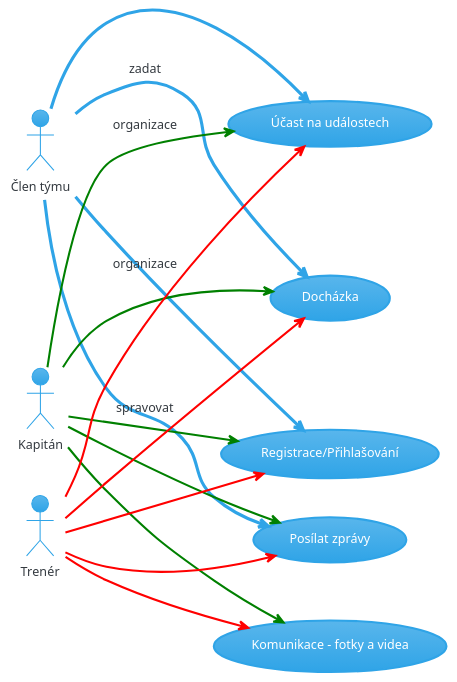
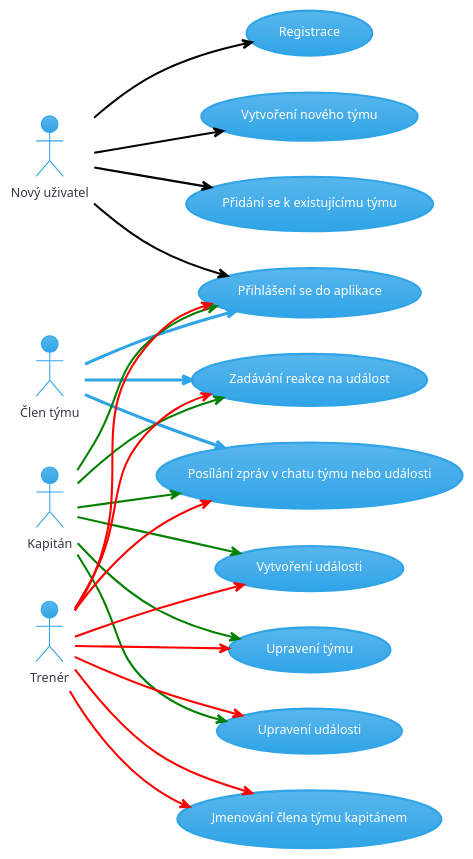
The diagram in README.md (david19au/smudlove-tymova-prace), drawn with PlantUML before and after one commit.

Commit message:
update plantUML in README.md

````diff
--- a/README.md
+++ b/README.md
@@ -38,33 +38,46 @@
 ```plantuml
 !theme cerulean
 
 left to right direction
-:Člen týmu: as clenTymu
-:Trenér: as trener
-:Kapitán: as kapitan
+:Nový uživatel: as newUser
+:Člen týmu: as teamMember
+:Kapitán: as captain
+:Trenér: as trainer
 
 
-usecase "Registrace/Přihlašování" as login
-usecase "Účast na událostech" as rsvp
-usecase "Komunikace - fotky a videa" as comms
-usecase "Docházka" as dochazka
-usecase "Posílat zprávy" as chat
+usecase "Registrace" as register
+usecase "Vytvoření nového týmu" as createTeam
+usecase "Přidání se k existujícímu týmu" as joinTeam
+usecase "Přihlášení se do aplikace" as login
+usecase "Zadávání reakce na událost" as rsvp
+usecase "Posílání zpráv v chatu týmu nebo události" as chat
+usecase "Vytvoření události" as createEvent
+usecase "Upravení týmu" as modifyTeamMembers
+usecase "Upravení události" as modifyEvent
+usecase "Jmenování člena týmu kapitánem" as delegateCaptain
 
+newUser -[#black,thickness=2]-> register
+newUser -[#black,thickness=2]-> createTeam
+newUser -[#black,thickness=2]-> joinTeam
+newUser -[#black,thickness=2]-> login
 
-clenTymu --> login
-clenTymu --> chat
-clenTymu --> rsvp
-clenTymu --> dochazka : zadat
+teamMember --> login
+teamMember --> rsvp
+teamMember --> chat
 
-kapitan -[#green,thickness=2]-> rsvp : organizace
-kapitan -[#green,thickness=2]-> dochazka
-kapitan -[#green,thickness=2]-> comms
-kapitan -[#green,thickness=2]-> chat
-kapitan -[#green,thickness=2]-> login
+captain -[#green,thickness=2]-> login
+captain -[#green,thickness=2]-> rsvp
+captain -[#green,thickness=2]-> chat
+captain -[#green,thickness=2]-> createEvent
+captain -[#green,thickness=2]-> modifyTeamMembers
+captain -[#green,thickness=2]-> modifyEvent
 
-trener -[#red,thickness=2]-> rsvp : organizace
-trener -[#red,thickness=2]-> dochazka : spravovat
-trener -[#red,thickness=2]-> comms
-trener -[#red,thickness=2]-> chat
-trener -[#red,thickness=2]-> login
+trainer -[#red,thickness=2]-> login
+trainer -[#red,thickness=2]-> rsvp
+trainer -[#red,thickness=2]-> chat
+trainer -[#red,thickness=2]-> createEvent
+trainer -[#red,thickness=2]-> modifyTeamMembers
+trainer -[#red,thickness=2]-> modifyEvent
+trainer -[#red,thickness=2]-> delegateCaptain
+trainer -[#red,thickness=2]-> delegateCaptain
 ```
````
